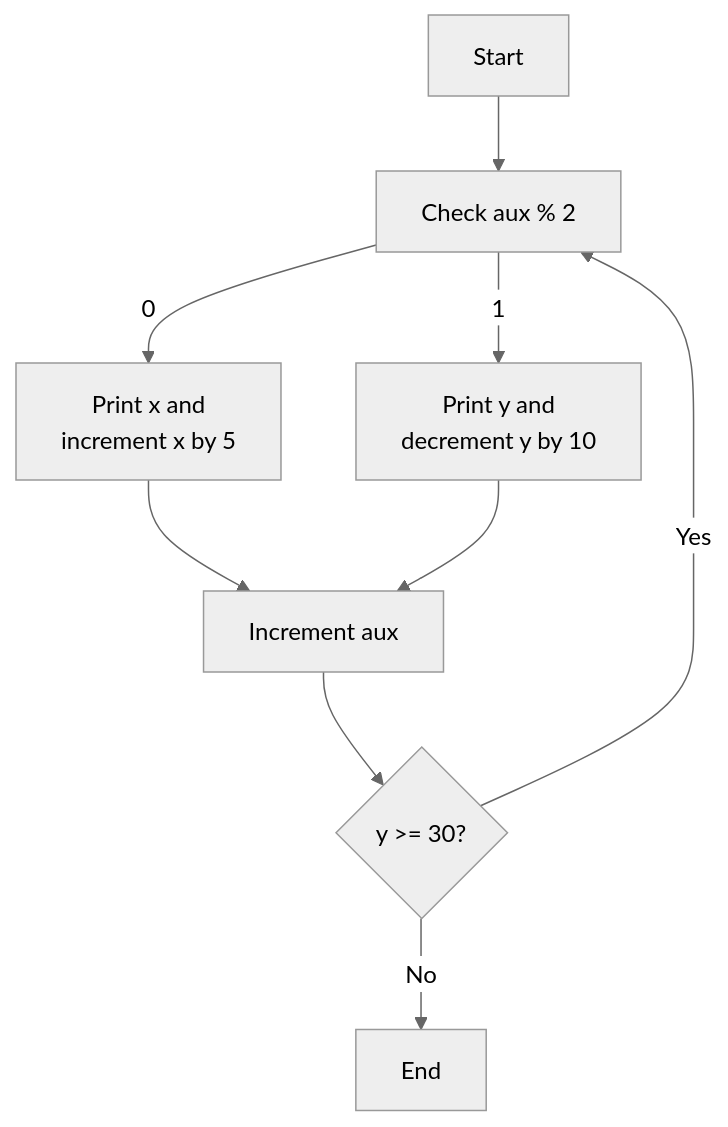
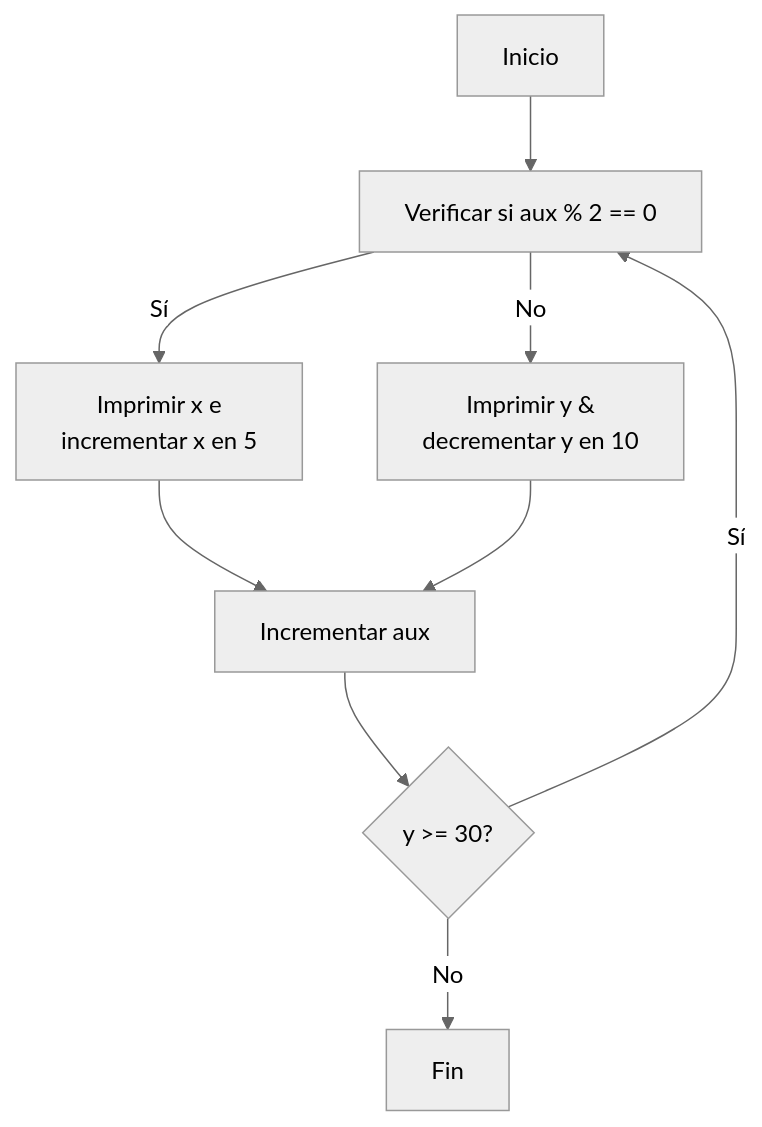
One commit to SebasInfoBSudamericano/poo-2do-info changed the second of 4 diagrams in 070125 Do While/README.md. Above: the diagram before and after it, drawn with Mermaid (neutral theme). The commit also changed other lines of this file and 1 other file, not shown here.

````diff
--- a/070125 Do While/README.md
+++ b/070125 Do While/README.md
@@ -27,13 +26,14 @@
 ```mermaid
   graph TD
-    A[Start] --> B[Check aux % 2]
-    B -->|0| C[Print x and
-     increment x by 5]
-    B -->|1| D[Print y and
-     decrement y by 10]
-    C --> E[Increment aux]
+    A[Inicio] --> B[Verificar si aux % 2 == 0]
+    B -->|Sí| C[Imprimir x e
+    incrementar x en 5]
+    B -->|No| D[Imprimir y &
+    decrementar y en 10]
+    C --> E[Incrementar aux]
     D --> E
     E --> F{y >= 30?}
-    F -->|Yes| B
-    F -->|No| G[End]
+    F -->|Sí| B
+    F -->|No| G[Fin]
+
 ```
````
